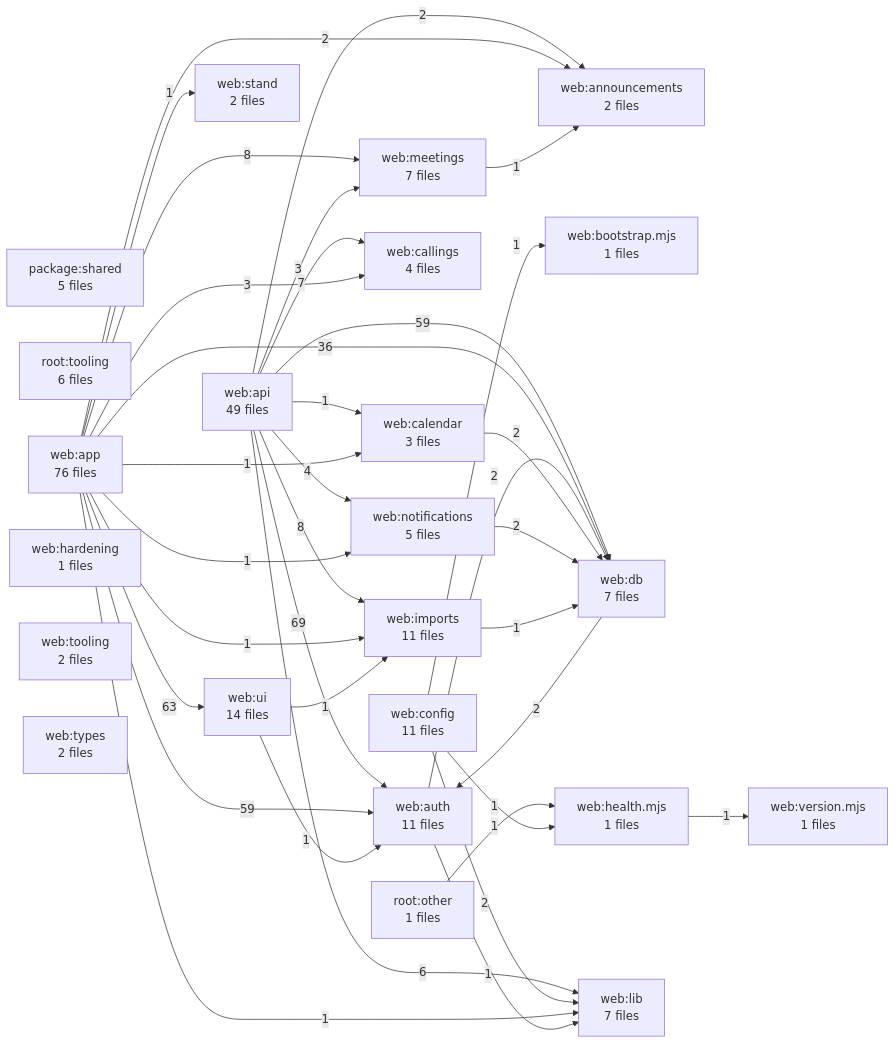
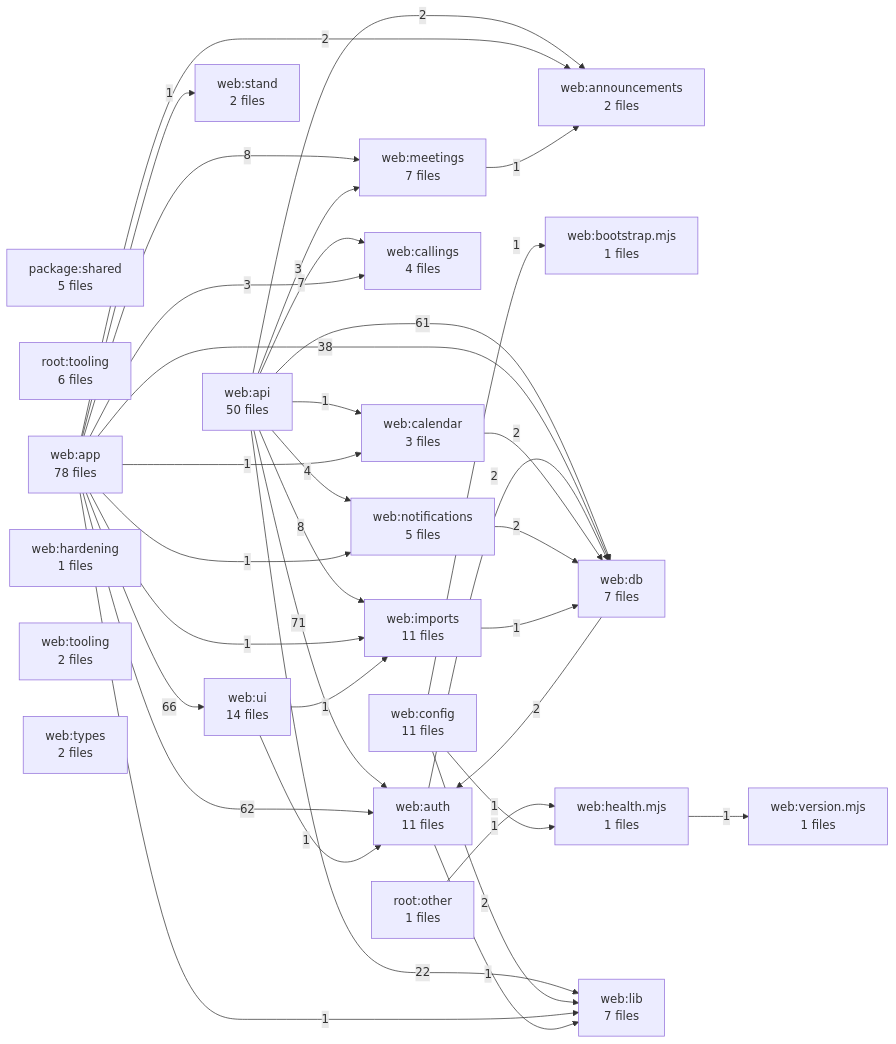
One commit to kalebhall/the-stand changed the diagram in docs/DEPENDENCY_GRAPH.md. Above: the diagram before and after it, drawn with Mermaid. The commit also changed other lines of this file and 19 other files, not shown here.

````diff
--- a/docs/DEPENDENCY_GRAPH.md
+++ b/docs/DEPENDENCY_GRAPH.md
@@ -11,60 +11,60 @@
 ```mermaid
 flowchart LR
   A1["package:shared<br/>5 files"]
   A2["root:other<br/>1 files"]
   A3["root:tooling<br/>6 files"]
   A4["web:announcements<br/>2 files"]
-  A5["web:api<br/>49 files"]
-  A6["web:app<br/>76 files"]
+  A5["web:api<br/>50 files"]
+  A6["web:app<br/>78 files"]
   A7["web:auth<br/>11 files"]
   A8["web:bootstrap.mjs<br/>1 files"]
   A9["web:calendar<br/>3 files"]
   A10["web:callings<br/>4 files"]
   A11["web:config<br/>11 files"]
   A12["web:db<br/>7 files"]
   A13["web:hardening<br/>1 files"]
   A14["web:health.mjs<br/>1 files"]
   A15["web:imports<br/>11 files"]
   A16["web:lib<br/>7 files"]
   A17["web:meetings<br/>7 files"]
   A18["web:notifications<br/>5 files"]
   A19["web:stand<br/>2 files"]
   A20["web:tooling<br/>2 files"]
   A21["web:types<br/>2 files"]
   A22["web:ui<br/>14 files"]
   A23["web:version.mjs<br/>1 files"]
-  A5 -->|69| A7
-  A6 -->|63| A22
-  A5 -->|59| A12
-  A6 -->|59| A7
-  A6 -->|36| A12
+  A5 -->|71| A7
+  A6 -->|66| A22
+  A6 -->|62| A7
+  A5 -->|61| A12
+  A6 -->|38| A12
+  A5 -->|22| A16
   A5 -->|8| A15
   A6 -->|8| A17
   A5 -->|7| A10
-  A5 -->|6| A16
   A5 -->|4| A18
   A5 -->|3| A17
   A6 -->|3| A10
   A5 -->|2| A4
   A6 -->|2| A4
   A7 -->|2| A12
   A9 -->|2| A12
   A11 -->|2| A16
   A12 -->|2| A7
   A18 -->|2| A12
   A2 -->|1| A14
   A5 -->|1| A9
   A6 -->|1| A9
   A6 -->|1| A15
   A6 -->|1| A16
   A6 -->|1| A18
   A6 -->|1| A19
   A7 -->|1| A16
   A11 -->|1| A8
   A11 -->|1| A14
   A14 -->|1| A23
   A15 -->|1| A12
   A17 -->|1| A4
   A22 -->|1| A7
   A22 -->|1| A15
 ```
````
